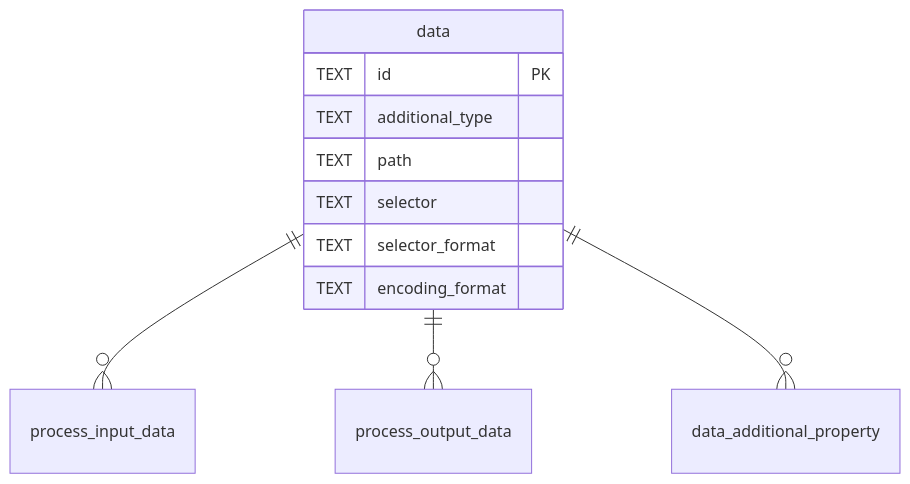
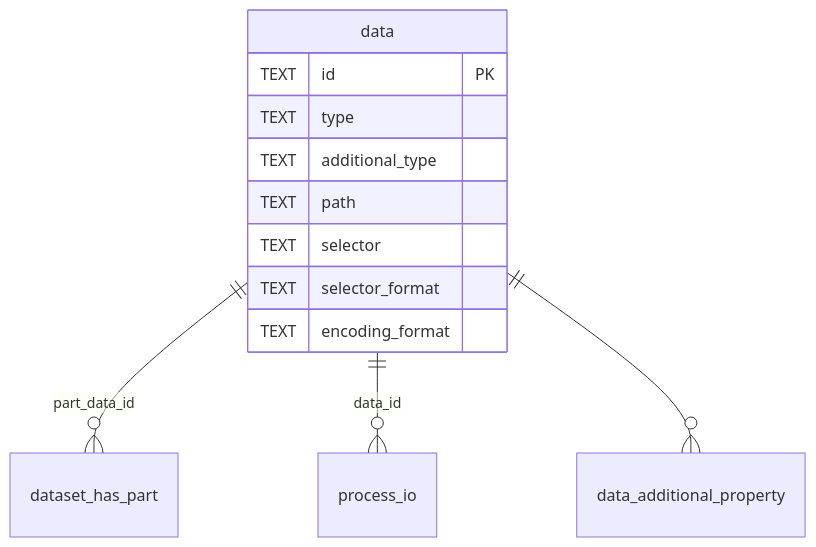
Before and after one commit to HLWeil/ProcessCore: the eighth of 18 diagrams in schemas/sql/design.md, drawn with Mermaid. The commit also changed other lines of this file, not shown here.

Commit message:
docs: improve SQL schema design plan

````diff
--- a/schemas/sql/design.md
+++ b/schemas/sql/design.md
@@ -248,14 +242,15 @@
 ```mermaid
 erDiagram
     data {
         TEXT id PK
+        TEXT type
         TEXT additional_type
         TEXT path
         TEXT selector
         TEXT selector_format
         TEXT encoding_format
     }
-    data ||--o{ process_input_data : ""
-    data ||--o{ process_output_data : ""
+    data ||--o{ dataset_has_part : "part_data_id"
+    data ||--o{ process_io : "data_id"
     data ||--o{ data_additional_property : ""
 ```
````
